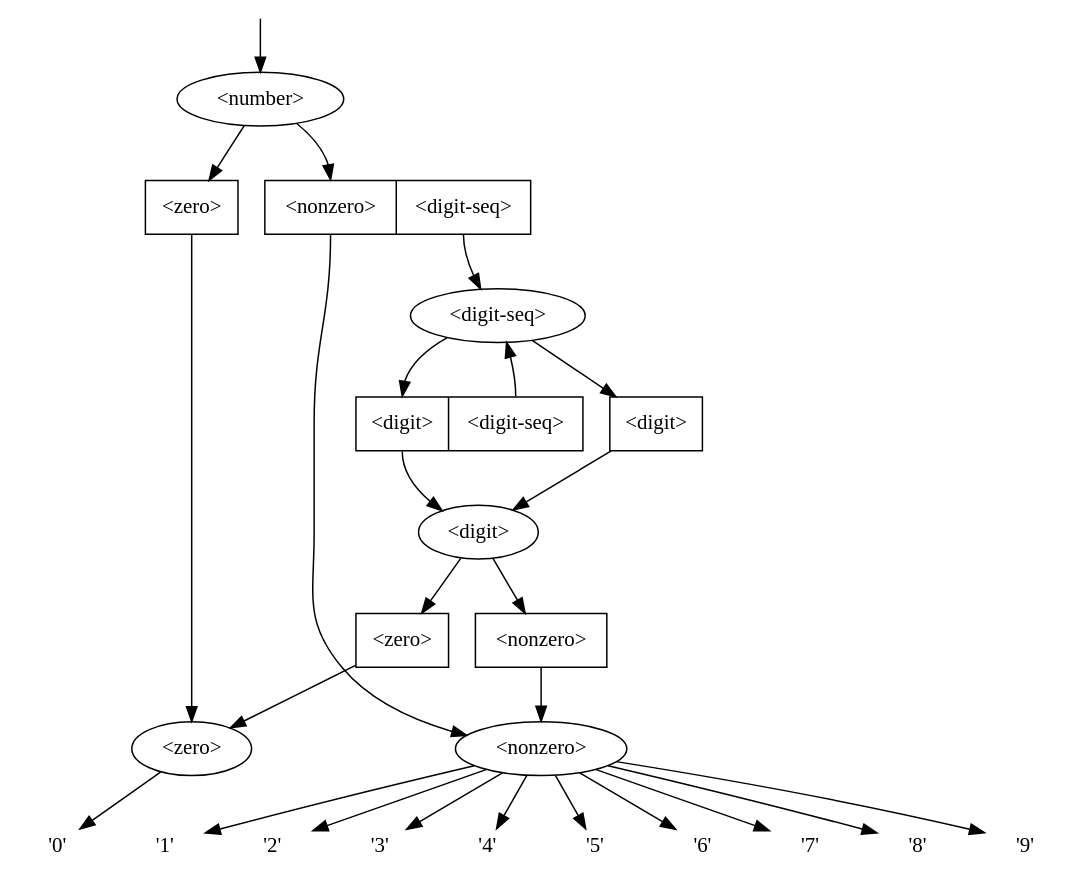
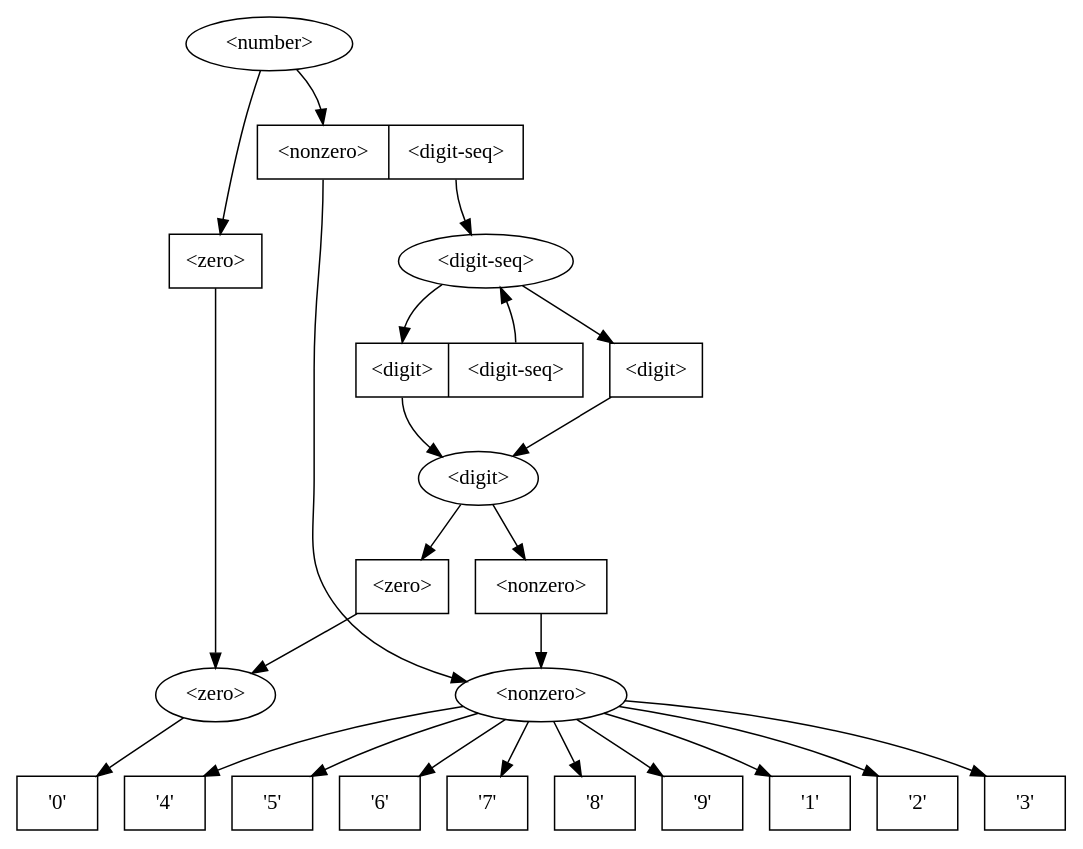
Before and after one commit to yavuzkoroglu/gfuzzer-c: the diagram in dot/numbers.dot, drawn with Graphviz. The commit also changed 4 other files, not shown here.

```diff
--- a/dot/numbers.dot
+++ b/dot/numbers.dot
@@ -1,53 +1,51 @@
-digraph numbers {
+digraph GrammarGraph {
+    edge [fontname="PT Mono"];
     node [fontname="PT Mono"];
-    root [shape=none,width=0,height=0,label=""];
-    n1 [label="<number>"];
-    n2 [label="<zero>"];
-    n3 [label="<nonzero>"];
-    n4 [label="<digit-seq>"];
-    n5 [label="<digit>"];
-    n1e1 [label="<zero>\<zero\>", shape="record"];
-    n1e2 [label="<nonzero>\<nonzero\>|<digitseq>\<digit-seq\>", shape="record"];
-    n2e1 [label="'0'", shape="none", height=0];
-    n3e1 [label="'1'", shape="none", height=0];
-    n3e2 [label="'2'", shape="none", height=0];
-    n3e3 [label="'3'", shape="none", height=0];
-    n3e4 [label="'4'", shape="none", height=0];
-    n3e5 [label="'5'", shape="none", height=0];
-    n3e6 [label="'6'", shape="none", height=0];
-    n3e7 [label="'7'", shape="none", height=0];
-    n3e8 [label="'8'", shape="none", height=0];
-    n3e9 [label="'9'", shape="none", height=0];
-    n4e1 [label="<digit>\<digit\>", shape="record"];
-    n4e2 [label="<digit>\<digit\>|<digitseq>\<digit-seq\>", shape="record"];
-    n5e1 [label="<zero>\<zero\>", shape="record"];
-    n5e2 [label="<nonzero>\<nonzero\>", shape="record"];
-    root->n1;
-    n1->n1e1:zero;
-    n1->n1e2:nonzero;
-    n1e1:zero->n2;
-    n1e2:nonzero->n3;
-    n1e2:digitseq->n4;
-    n2->n2e1;
-    n3->n3e1;
-    n3->n3e2;
-    n3->n3e3;
-    n3->n3e4;
-    n3->n3e5;
-    n3->n3e6;
-    n3->n3e7;
-    n3->n3e8;
-    n3->n3e9;
-    n4->n4e1:digit;
-    n4->n4e2:digit;
-    n4e1:digit->n5;
-    n4e2:digit->n5;
-    n4e2:digitseq->n4;
-    n5->n5e1:zero;
-    n5->n5e2:nonzero;
-    n5e1->n2;
-    n5e2->n3;
-    n3e1->n3e2->n3e3->n3e4->n3e5->n3e6->n3e7->n3e8->n3e9 [style="invis"];
-    {rank=same n1e1 n1e2}
-    {rank=same n3e1 n3e2 n3e3 n3e4 n3e5 n3e6 n3e7 n3e8 n3e9}
+    root [shape="none",width=0,height=0,label=""];
+
+    r0 [label="<number>"];
+    r1 [label="<zero>"];
+    r2 [label="<nonzero>"];
+    r3 [label="<digit-seq>"];
+    r4 [label="<digit>"];
+    r0e0 [label="<p0>\<zero\>",shape="record"];
+    r0e1 [label="<p0>\<nonzero\>|<p1>\<digit-seq\>",shape="record"];
+    r1e0 [label="<p0>'0'",shape="record"];
+    r2e0 [label="<p0>'1'",shape="record"];
+    r2e1 [label="<p0>'2'",shape="record"];
+    r2e2 [label="<p0>'3'",shape="record"];
+    r2e3 [label="<p0>'4'",shape="record"];
+    r2e4 [label="<p0>'5'",shape="record"];
+    r2e5 [label="<p0>'6'",shape="record"];
+    r2e6 [label="<p0>'7'",shape="record"];
+    r2e7 [label="<p0>'8'",shape="record"];
+    r2e8 [label="<p0>'9'",shape="record"];
+    r3e0 [label="<p0>\<digit\>",shape="record"];
+    r3e1 [label="<p0>\<digit\>|<p1>\<digit-seq\>",shape="record"];
+    r4e0 [label="<p0>\<zero\>",shape="record"];
+    r4e1 [label="<p0>\<nonzero\>",shape="record"];
+    r0->r0e0:p0;
+    r0e0:p0->r1;
+    r0->r0e1:p0;
+    r0e1:p0->r2;
+    r0e1:p1->r3;
+    r1->r1e0:p0;
+    r2->r2e0:p0;
+    r2->r2e1:p0;
+    r2->r2e2:p0;
+    r2->r2e3:p0;
+    r2->r2e4:p0;
+    r2->r2e5:p0;
+    r2->r2e6:p0;
+    r2->r2e7:p0;
+    r2->r2e8:p0;
+    r3->r3e0:p0;
+    r3e0:p0->r4;
+    r3->r3e1:p0;
+    r3e1:p0->r4;
+    r3e1:p1->r3;
+    r4->r4e0:p0;
+    r4e0:p0->r1;
+    r4->r4e1:p0;
+    r4e1:p0->r2;
 }
```
